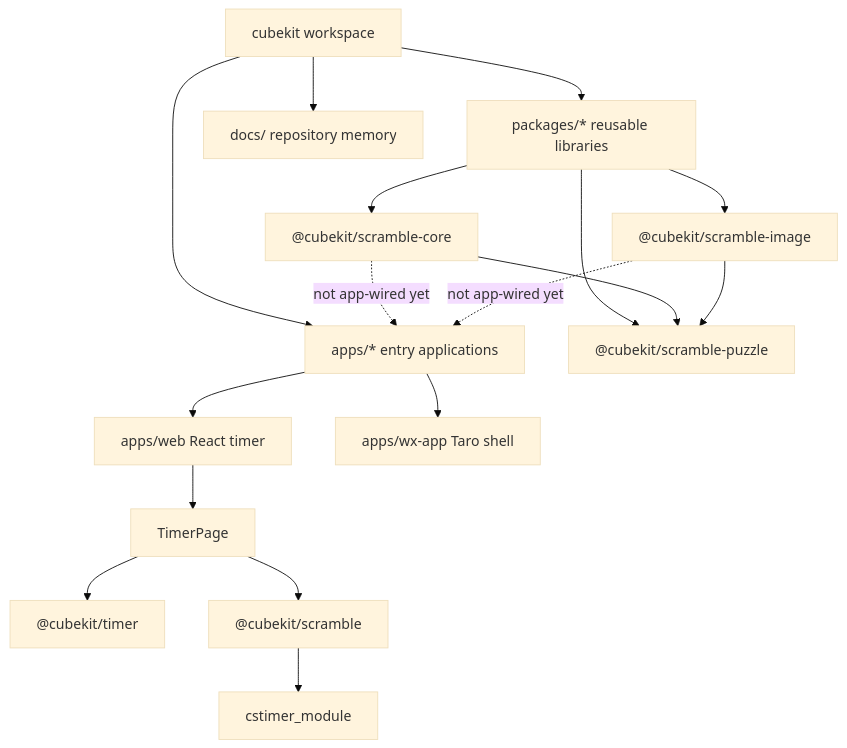
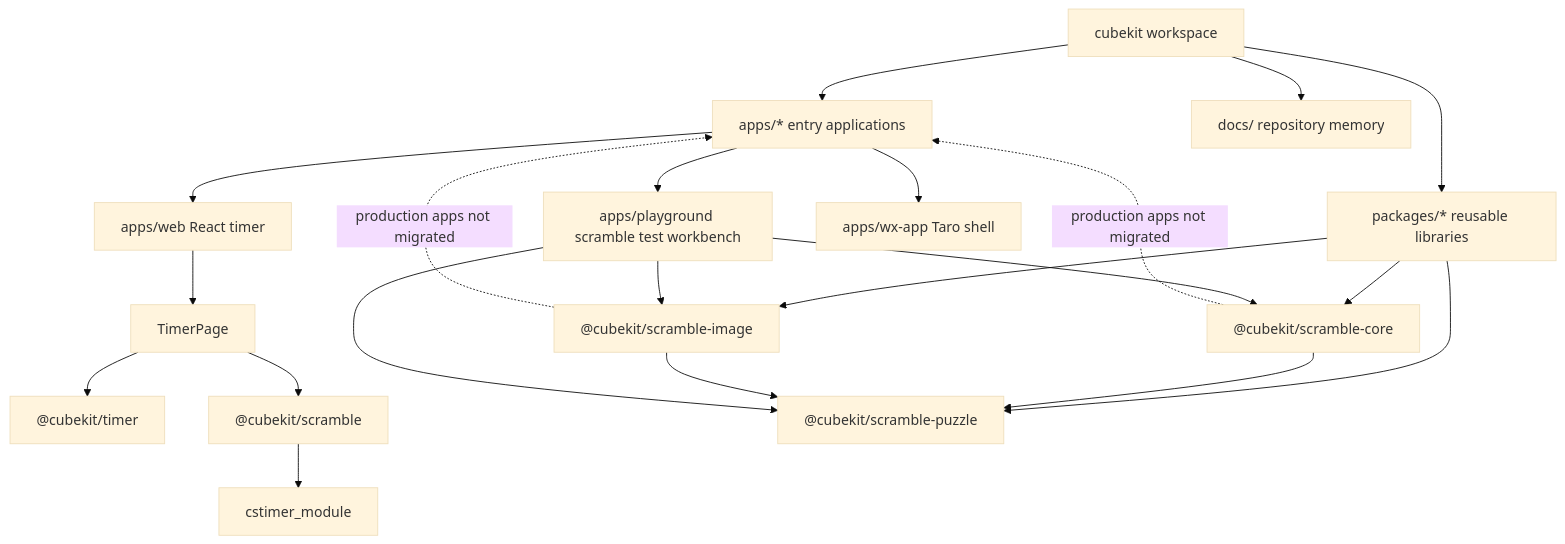
The diagram in docs/project-structure.md (deweyou/cube-kit), drawn with Mermaid (base theme) before and after one commit. The commit also changed other lines of this file and 3 other files, not shown here.

Commit message:
docs: update memory for scramble playground

````diff
--- a/docs/project-structure.md
+++ b/docs/project-structure.md
@@ -3,19 +3,23 @@
 ```mermaid
 flowchart TD
     Root["cubekit workspace"] --> Apps["apps/* entry applications"]
     Root --> Packages["packages/* reusable libraries"]
     Root --> Docs["docs/ repository memory"]
     Apps --> Web["apps/web React timer"]
+    Apps --> Playground["apps/playground scramble test workbench"]
     Apps --> Wx["apps/wx-app Taro shell"]
     Web --> TimerPage["TimerPage"]
     TimerPage --> TimerPkg["@cubekit/timer"]
     TimerPage --> ScramblePkg["@cubekit/scramble"]
     ScramblePkg --> Cstimer["cstimer_module"]
     Packages --> PuzzlePkg["@cubekit/scramble-puzzle"]
     Packages --> CorePkg["@cubekit/scramble-core"]
     Packages --> ImagePkg["@cubekit/scramble-image"]
     CorePkg --> PuzzlePkg
     ImagePkg --> PuzzlePkg
-    CorePkg -. "not app-wired yet" .-> Apps
-    ImagePkg -. "not app-wired yet" .-> Apps
+    Playground --> CorePkg
+    Playground --> ImagePkg
+    Playground --> PuzzlePkg
+    CorePkg -. "production apps not migrated" .-> Apps
+    ImagePkg -. "production apps not migrated" .-> Apps
 ```
````
